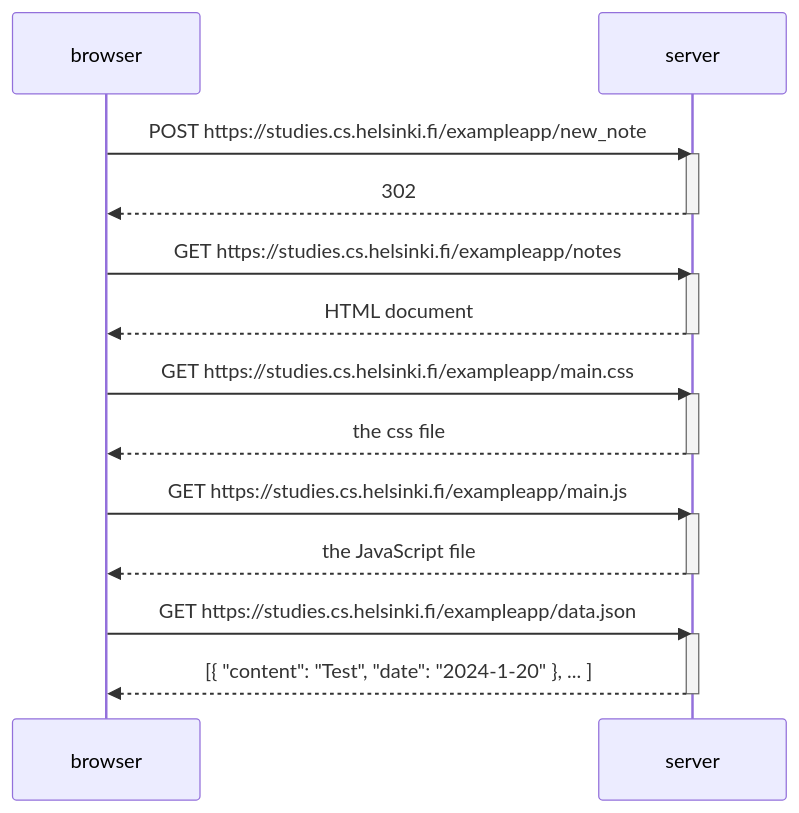
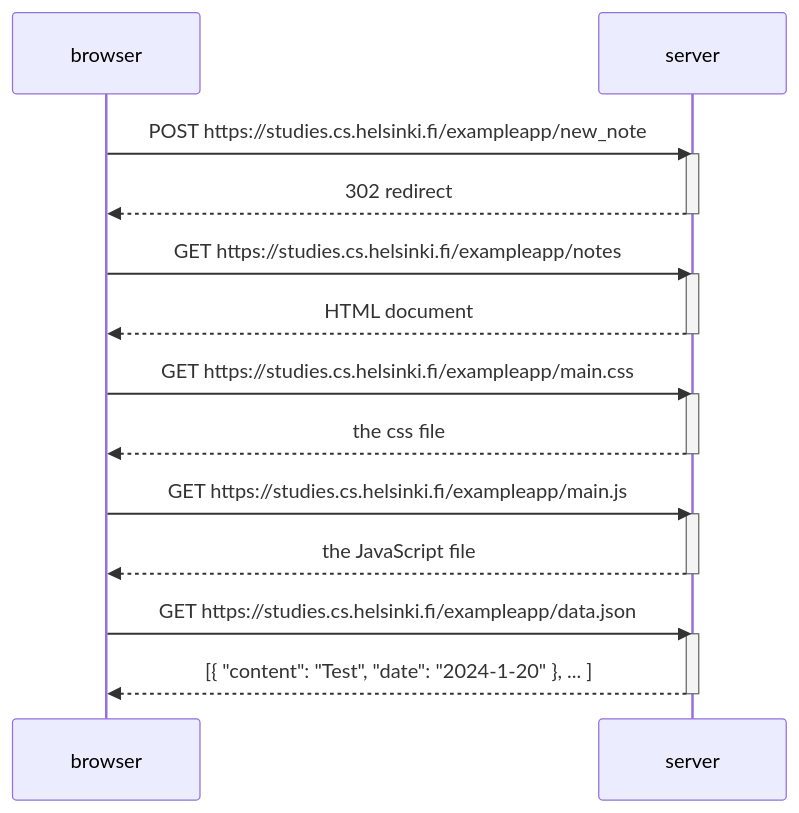
One commit to kaarleol/full-stack-tehtavat changed the diagram in osa0/0-4.md. Above: the diagram before and after it, drawn with Mermaid.

````diff
--- a/osa0/0-4.md
+++ b/osa0/0-4.md
@@ -1,31 +1,31 @@
 ```mermaid
   sequenceDiagram
     participant browser
     participant server
 
     browser->>server: POST https://studies.cs.helsinki.fi/exampleapp/new_note
     activate server
-    server-->>browser: 302
+    server-->>browser: 302 redirect
     deactivate server
     
     browser->>server: GET https://studies.cs.helsinki.fi/exampleapp/notes
     activate server
     server-->>browser: HTML document
     deactivate server
     
     browser->>server: GET https://studies.cs.helsinki.fi/exampleapp/main.css
     activate server
     server-->>browser: the css file
     deactivate server
     
     browser->>server: GET https://studies.cs.helsinki.fi/exampleapp/main.js
     activate server
     server-->>browser: the JavaScript file
     deactivate server
     
     browser->>server: GET https://studies.cs.helsinki.fi/exampleapp/data.json
     activate server
     server-->>browser: [{ "content": "Test", "date": "2024-1-20" }, ... ]
     deactivate server    
 
 ```
````
